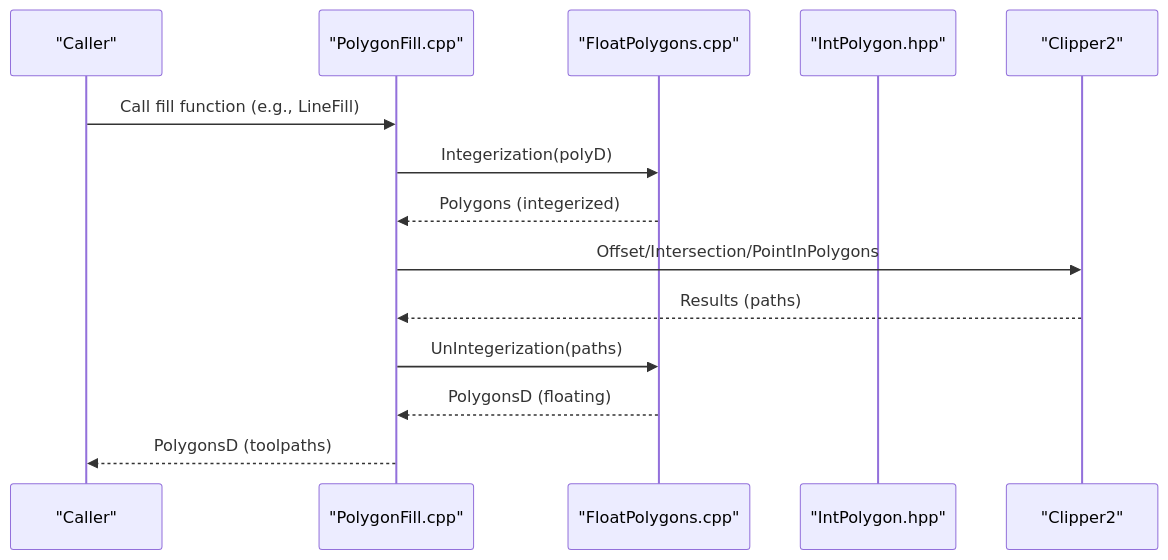
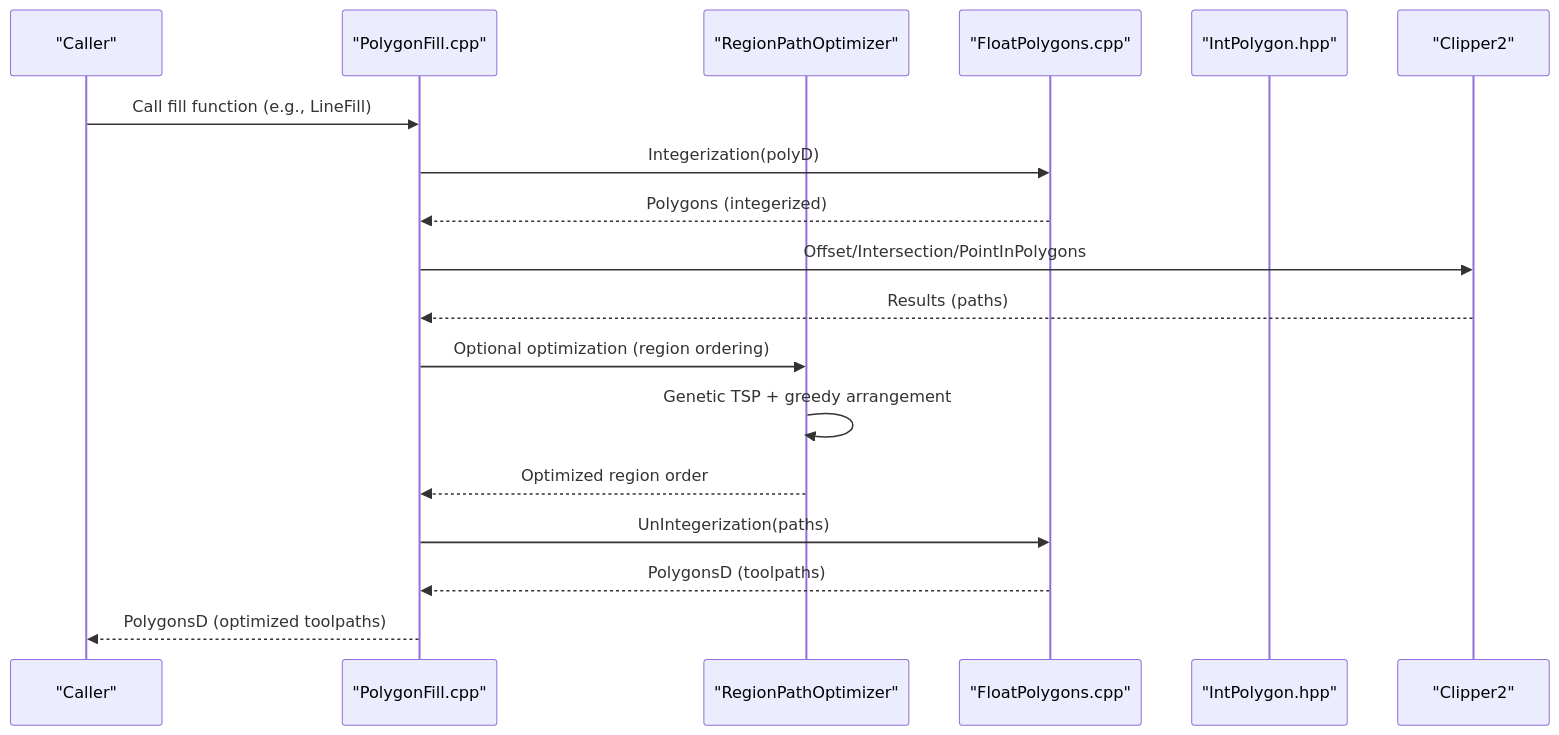
One commit to hsmbanlance/HsBaSlicer changed the second of 9 diagrams in .qoder/repowiki/en/content/2D Geometry Processing/Polygon Fill Algorithms/Polygon Fill Algorithms.md. Above: the diagram before and after it, drawn with Mermaid. The commit also changed other lines of this file and 11 other files, not shown here.

````diff
--- a/.qoder/repowiki/en/content/2D Geometry Processing/Polygon Fill Algorithms/Polygon Fill Algorithms.md
+++ b/.qoder/repowiki/en/content/2D Geometry Processing/Polygon Fill Algorithms/Polygon Fill Algorithms.md
@@ -86,16 +114,20 @@
 ```mermaid
 sequenceDiagram
 participant Client as "Caller"
 participant PF as "PolygonFill.cpp"
+participant PO as "RegionPathOptimizer"
 participant FP as "FloatPolygons.cpp"
 participant IP as "IntPolygon.hpp"
 participant CL as "Clipper2"
 Client->>PF : Call fill function (e.g., LineFill)
 PF->>FP : Integerization(polyD)
 FP-->>PF : Polygons (integerized)
 PF->>CL : Offset/Intersection/PointInPolygons
 CL-->>PF : Results (paths)
+PF->>PO : Optional optimization (region ordering)
+PO->>PO : Genetic TSP + greedy arrangement
+PO-->>PF : Optimized region order
 PF->>FP : UnIntegerization(paths)
-FP-->>PF : PolygonsD (floating)
-PF-->>Client : PolygonsD (toolpaths)
+FP-->>PF : PolygonsD (toolpaths)
+PF-->>Client : PolygonsD (optimized toolpaths)
 ```
````
